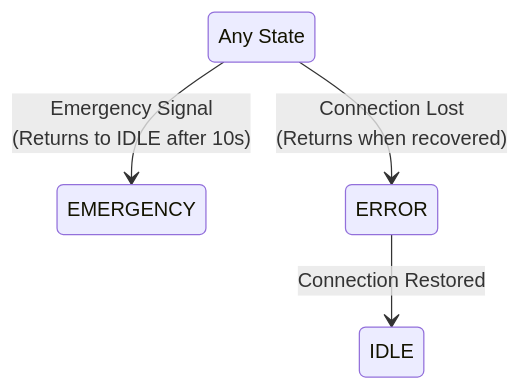
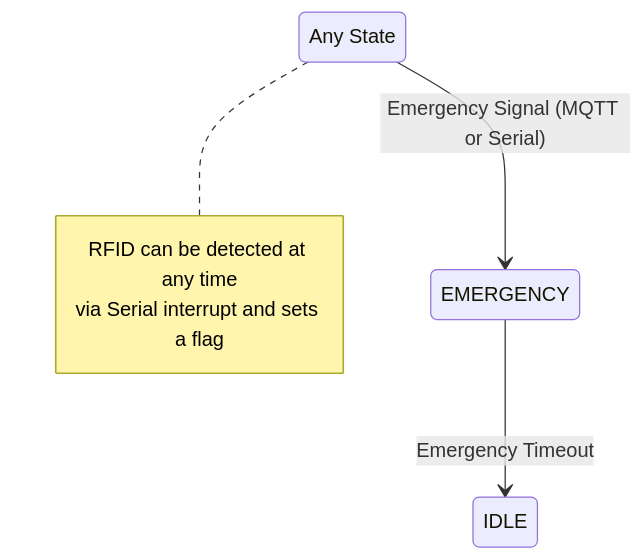
One commit to KalebCole/Campus-Security-and-Evacuation-System changed the second of 2 diagrams in ESP32-Arduino-Framework-NOFACEDETECTIOn/README.md. Above: the diagram before and after it, drawn with Mermaid. The commit also changed other lines of this file and 25 other files, not shown here.

````diff
--- a/ESP32-Arduino-Framework-NOFACEDETECTIOn/README.md
+++ b/ESP32-Arduino-Framework-NOFACEDETECTIOn/README.md
@@ -55,10 +73,13 @@
 ```mermaid
 stateDiagram-v2
     state "Any State" as ANY
     state EMERGENCY
-    state ERROR
-
-    ANY --> EMERGENCY: Emergency Signal<br/>(Returns to IDLE after 10s)
-    ANY --> ERROR: Connection Lost<br/>(Returns when recovered)
-    ERROR --> IDLE: Connection Restored
+    
+    ANY --> EMERGENCY: Emergency Signal (MQTT or Serial)
+    EMERGENCY --> IDLE: Emergency Timeout
+    
+    note right of ANY
+        RFID can be detected at any time
+        via Serial interrupt and sets a flag
+    end note
 ```
````
